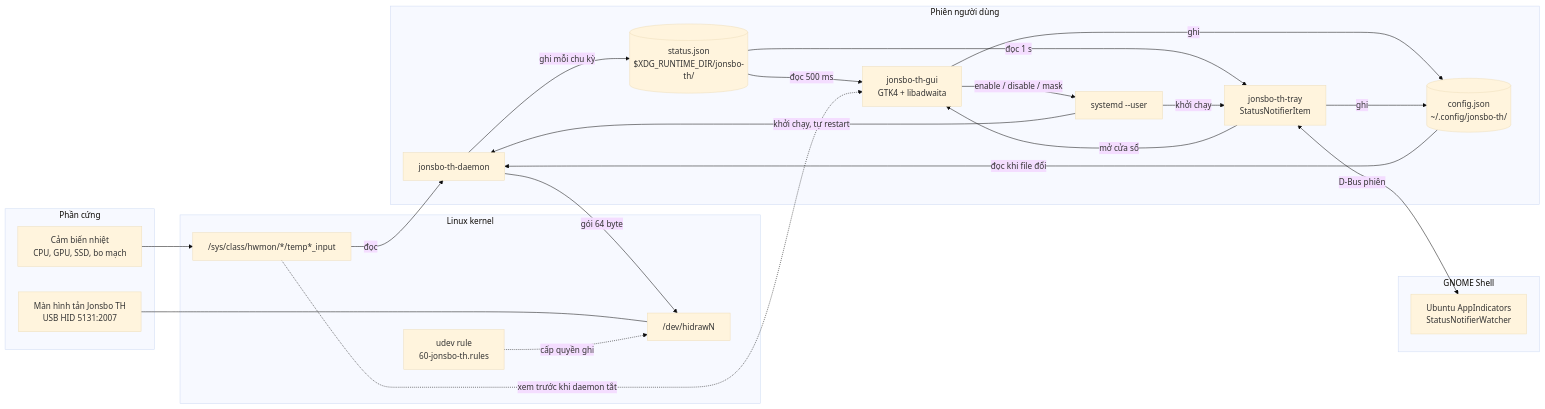
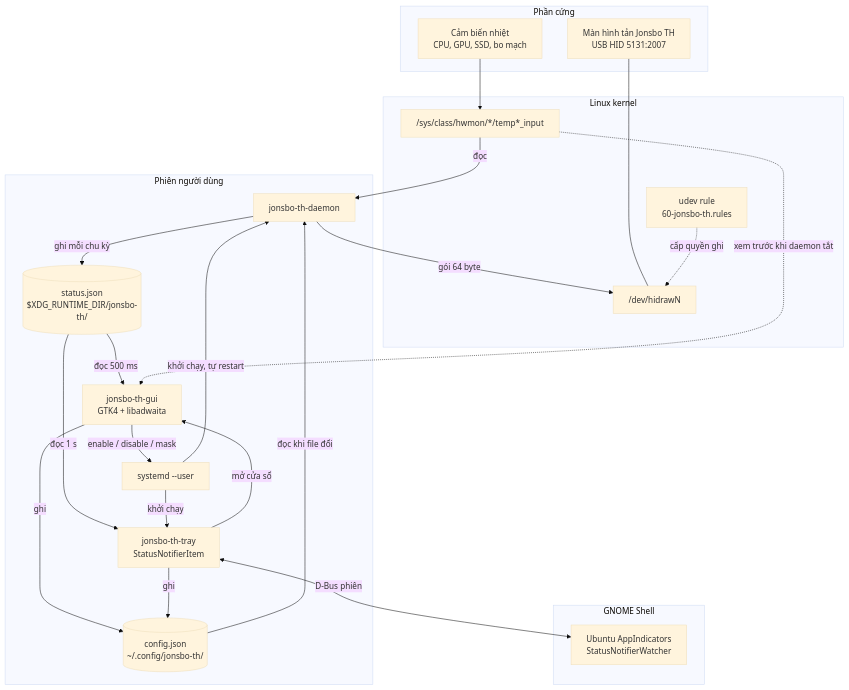
The first of 5 diagrams in docs/ARCHITECTURE.md (huysien/jonsbo-th-display-linux), drawn with Mermaid (base theme) before and after one commit. The commit also changed other lines of this file and 2 other files, not shown here.

Commit message:
Add readable architecture overview image

````diff
--- a/docs/ARCHITECTURE.md
+++ b/docs/ARCHITECTURE.md
@@ -21,48 +34,48 @@
 ```mermaid
-flowchart LR
+flowchart TB
     subgraph HW["Phần cứng"]
         AIO["Màn hình tản Jonsbo TH<br/>USB HID 5131:2007"]
         SENS["Cảm biến nhiệt<br/>CPU, GPU, SSD, bo mạch"]
     end
 
     subgraph KERNEL["Linux kernel"]
         HWMON["/sys/class/hwmon/*/temp*_input"]
         HIDRAW["/dev/hidrawN"]
         UDEV["udev rule<br/>60-jonsbo-th.rules"]
     end
 
     subgraph USER["Phiên người dùng"]
         DAEMON["jonsbo-th-daemon"]
         GUI["jonsbo-th-gui<br/>GTK4 + libadwaita"]
         TRAY["jonsbo-th-tray<br/>StatusNotifierItem"]
         CFG[("config.json<br/>~/.config/jonsbo-th/")]
         STATUS[("status.json<br/>$XDG_RUNTIME_DIR/jonsbo-th/")]
         SYSTEMD["systemd --user"]
     end
 
     subgraph SHELL["GNOME Shell"]
         EXT["Ubuntu AppIndicators<br/>StatusNotifierWatcher"]
     end
 
     SENS --> HWMON
     AIO --- HIDRAW
     UDEV -. "cấp quyền ghi" .-> HIDRAW
 
     HWMON -- "đọc" --> DAEMON
     DAEMON -- "gói 64 byte" --> HIDRAW
     CFG -- "đọc khi file đổi" --> DAEMON
     DAEMON -- "ghi mỗi chu kỳ" --> STATUS
 
     GUI -- "ghi" --> CFG
     STATUS -- "đọc 500 ms" --> GUI
     HWMON -. "xem trước khi daemon tắt" .-> GUI
     GUI -- "enable / disable / mask" --> SYSTEMD
 
     TRAY -- "ghi" --> CFG
     STATUS -- "đọc 1 s" --> TRAY
     TRAY <-->|"D-Bus phiên"| EXT
     TRAY -- "mở cửa sổ" --> GUI
 
     SYSTEMD -- "khởi chạy, tự restart" --> DAEMON
     SYSTEMD -- "khởi chạy" --> TRAY
 ```
````
